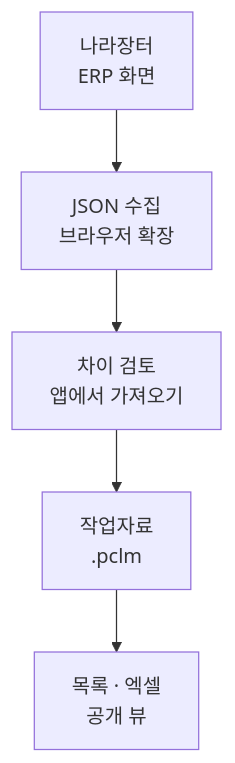
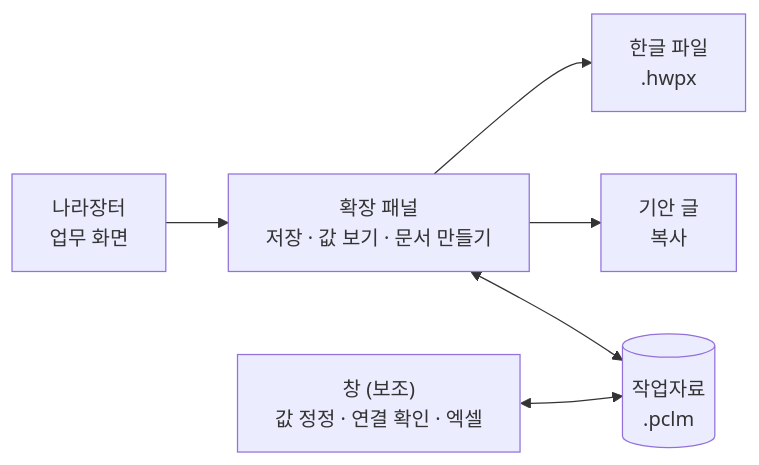
One commit to rfastball/contract-list-manager changed the diagram in README.md. Above: the diagram before and after it, drawn with Mermaid. The commit also changed other lines of this file and 717 other files, not shown here.

````diff
--- a/README.md
+++ b/README.md
@@ -11,7 +11,8 @@
 ```mermaid
-flowchart TD
-    A["나라장터<br/>ERP 화면"] --> B["JSON 수집<br/>브라우저 확장"]
-    B --> C["차이 검토<br/>앱에서 가져오기"]
-    C --> D["작업자료<br/>.pclm"]
-    D --> E["목록 · 엑셀<br/>공개 뷰"]
+flowchart LR
+    A["나라장터<br/>업무 화면"] --> B["확장 패널<br/>저장 · 값 보기 · 문서 만들기"]
+    B --> C["한글 파일<br/>.hwpx"]
+    B --> D["기안 글<br/>복사"]
+    B <--> E[("작업자료<br/>.pclm")]
+    F["창 (보조)<br/>값 정정 · 연결 확인 · 엑셀"] <--> E
 ```
````
